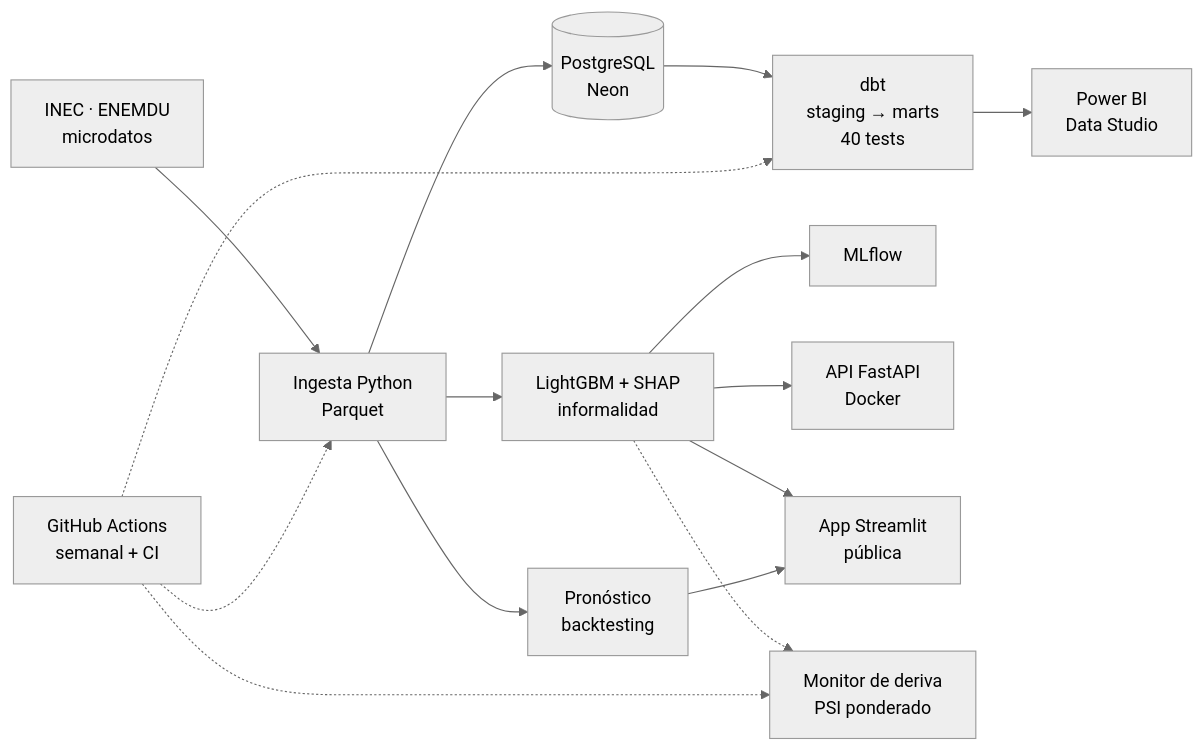
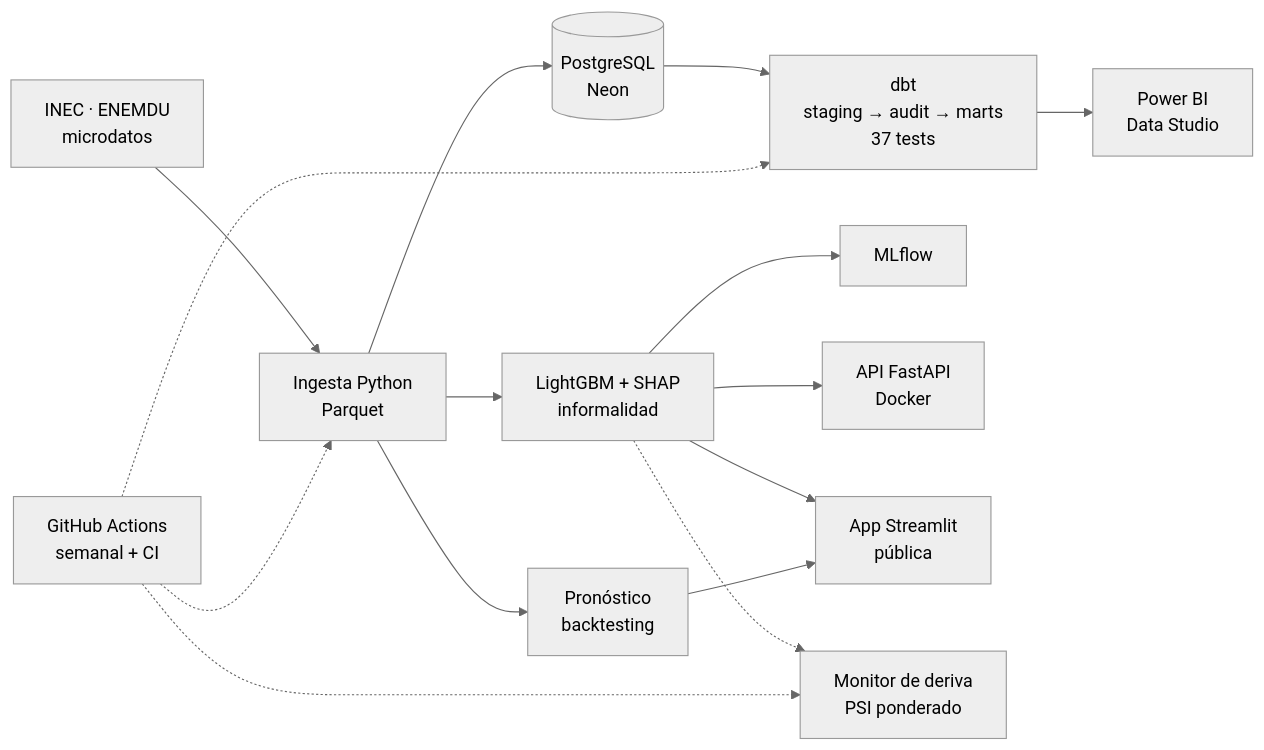
Before and after one commit to GUAR-NIX/PORTAFOLIO-CLOUD: the diagram in observatorio-laboral-ec/README.es.md, drawn with Mermaid (neutral theme). The commit also changed other lines of this file and 5 other files, not shown here.

````diff
--- a/observatorio-laboral-ec/README.es.md
+++ b/observatorio-laboral-ec/README.es.md
@@ -88,14 +88,14 @@
 ```mermaid
 flowchart LR
   INEC["INEC · ENEMDU<br/>microdatos"] --> ING["Ingesta Python<br/>Parquet"]
   ING --> PG[("PostgreSQL<br/>Neon")]
-  PG --> DBT["dbt<br/>staging → marts<br/>40 tests"]
+  PG --> DBT["dbt<br/>staging → audit → marts<br/>37 tests"]
   DBT --> BI["Power BI<br/>Data Studio"]
   ING --> ML1["LightGBM + SHAP<br/>informalidad"]
   ING --> ML2["Pronóstico<br/>backtesting"]
   ML1 --> MLF["MLflow"]
   ML1 --> API["API FastAPI<br/>Docker"]
   ML1 & ML2 --> APP["App Streamlit<br/>pública"]
   ML1 -.-> MON["Monitor de deriva<br/>PSI ponderado"]
   GHA["GitHub Actions<br/>semanal + CI"] -.-> ING & DBT & MON
 ```
````
